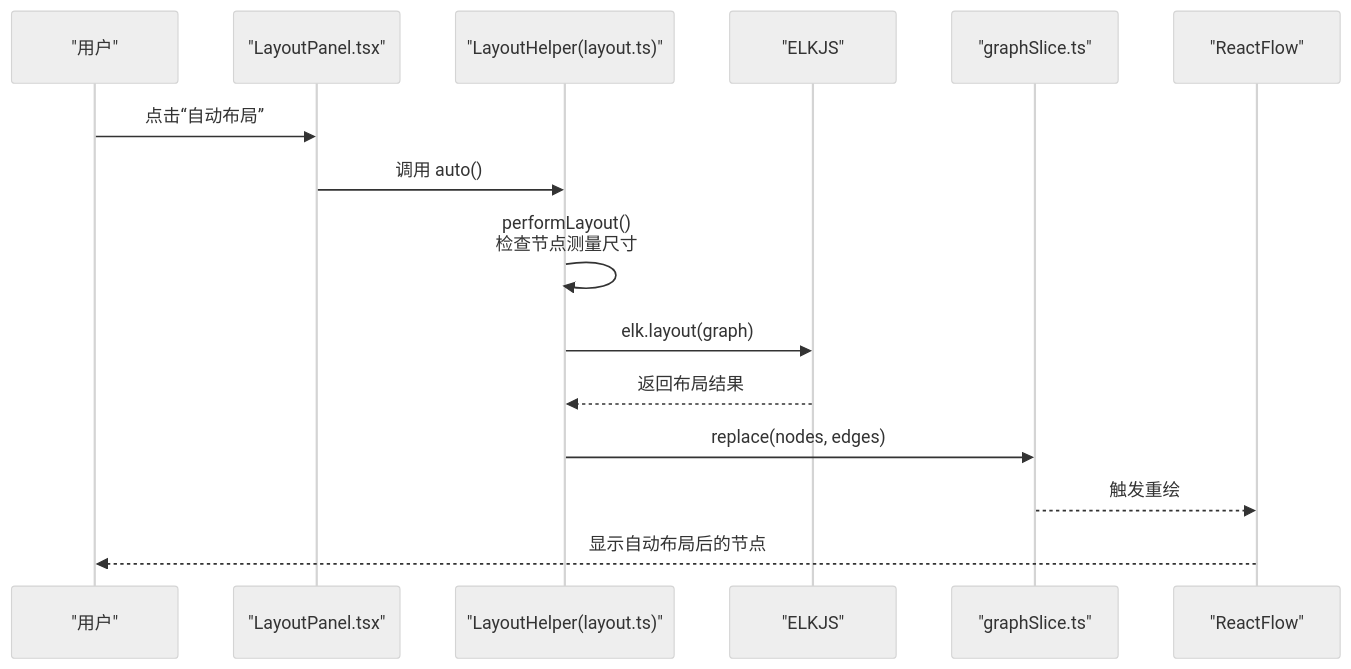
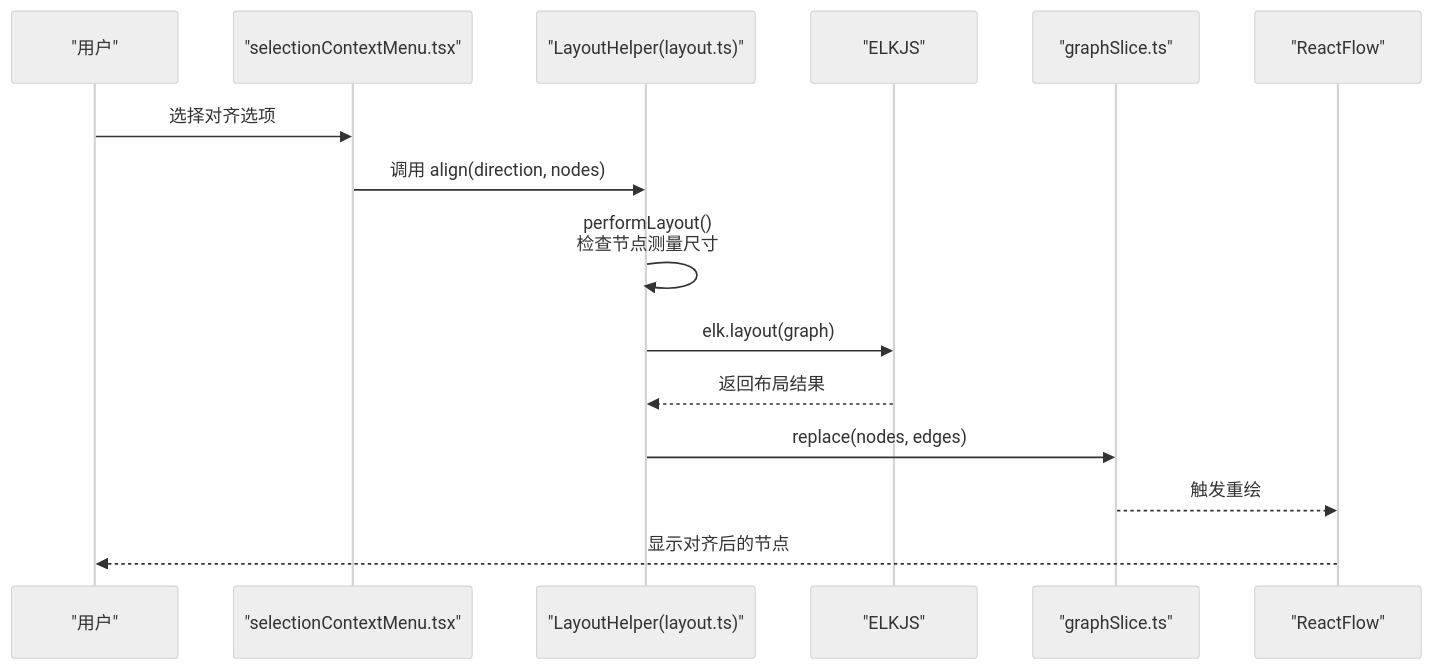
One commit to kqcoxn/MaaPipelineEditor changed the second of 7 diagrams in .qoder/repowiki/zh/content/工作流编辑器/布局算法.md. Above: the diagram before and after it, drawn with Mermaid (neutral theme). The commit also changed other lines of this file and 22 other files, not shown here.

````diff
--- a/.qoder/repowiki/zh/content/工作流编辑器/布局算法.md
+++ b/.qoder/repowiki/zh/content/工作流编辑器/布局算法.md
@@ -117,17 +123,17 @@
 ```mermaid
 sequenceDiagram
 participant U as "用户"
-participant LP as "LayoutPanel.tsx"
+participant SCM as "selectionContextMenu.tsx"
 participant LH as "LayoutHelper(layout.ts)"
 participant ELK as "ELKJS"
 participant GS as "graphSlice.ts"
 participant UI as "ReactFlow"
-U->>LP : 点击“自动布局”
-LP->>LH : 调用 auto()
+U->>SCM : 选择对齐选项
+SCM->>LH : 调用 align(direction, nodes)
 LH->>LH : performLayout()<br/>检查节点测量尺寸
 LH->>ELK : elk.layout(graph)
 ELK-->>LH : 返回布局结果
 LH->>GS : replace(nodes, edges)
 GS-->>UI : 触发重绘
-UI-->>U : 显示自动布局后的节点
+UI-->>U : 显示对齐后的节点
 ```
````
